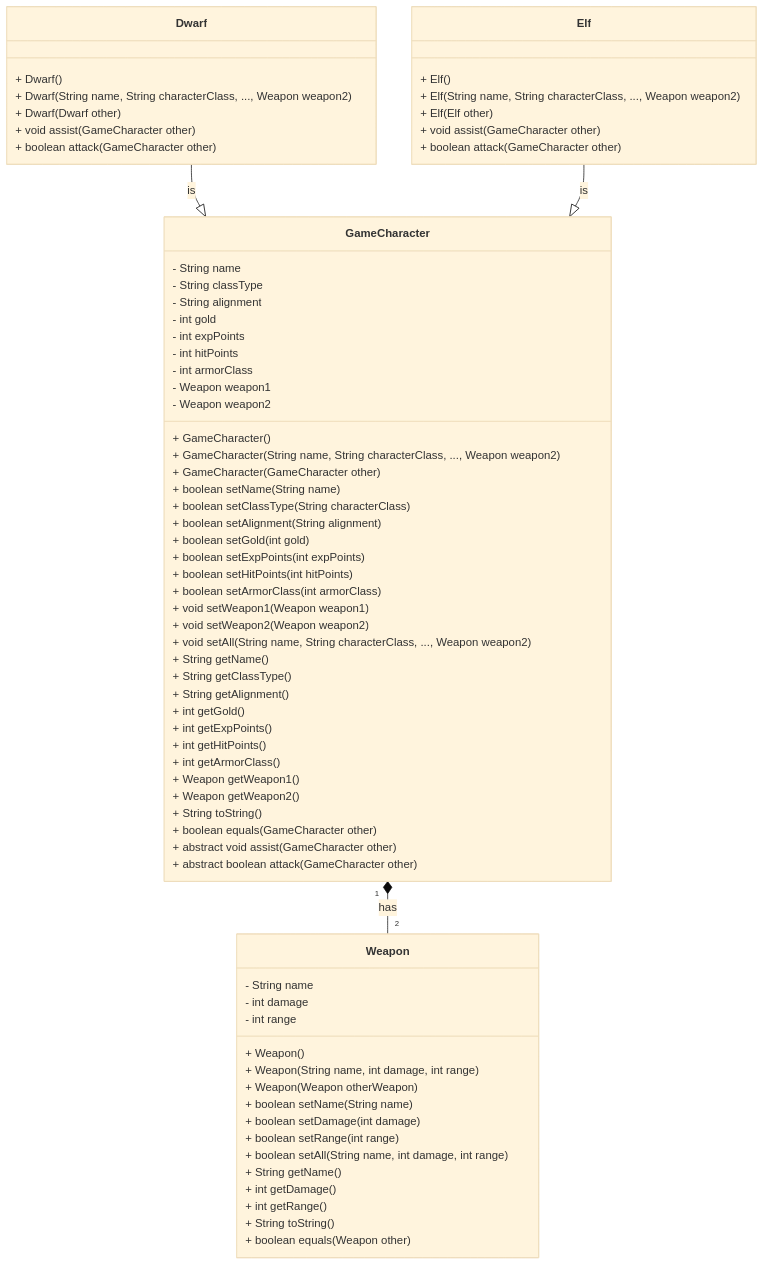
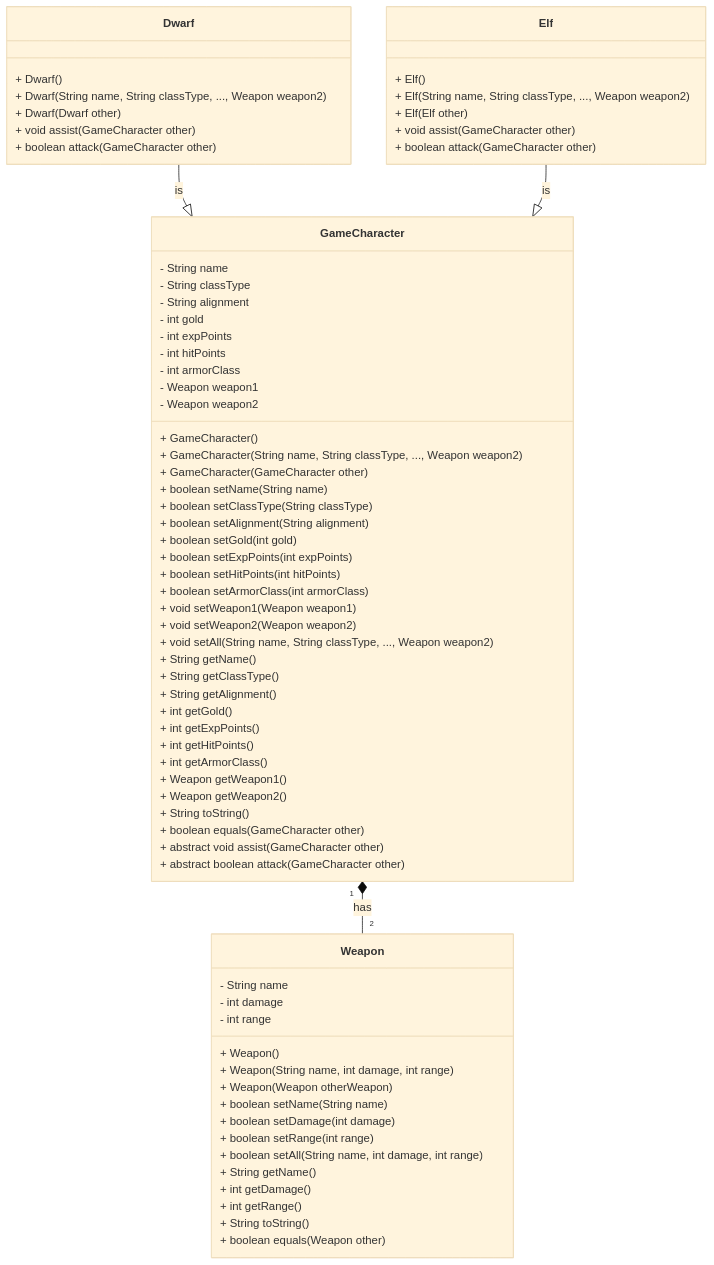
The diagram in README.md (CS112-ProfeSoto/Lab-04), drawn with Mermaid (base theme) before and after one commit.

````diff
--- a/README.md
+++ b/README.md
@@ -9,78 +9,78 @@
 ```mermaid
 classDiagram
     class Weapon {
         - String name
         - int damage
         - int range
         + Weapon()
         + Weapon(String name, int damage, int range)
         + Weapon(Weapon otherWeapon)
         + boolean setName(String name)
         + boolean setDamage(int damage)
         + boolean setRange(int range)
         + boolean setAll(String name, int damage, int range)
         + String getName()
         + int getDamage()
         + int getRange()
         + String toString()
         + boolean equals(Weapon other)
     }
 
     class GameCharacter {
         - String name
         - String classType
         - String alignment
         - int gold
         - int expPoints
         - int hitPoints
         - int armorClass
         - Weapon weapon1
         - Weapon weapon2
         + GameCharacter()
-        + GameCharacter(String name, String characterClass, ..., Weapon weapon2)
+        + GameCharacter(String name, String classType, ..., Weapon weapon2)
         + GameCharacter(GameCharacter other)
         + boolean setName(String name)
-        + boolean setClassType(String characterClass)
+        + boolean setClassType(String classType)
         + boolean setAlignment(String alignment)
         + boolean setGold(int gold)
         + boolean setExpPoints(int expPoints)
         + boolean setHitPoints(int hitPoints)
         + boolean setArmorClass(int armorClass)
         + void setWeapon1(Weapon weapon1)
         + void setWeapon2(Weapon weapon2)
-        + void setAll(String name, String characterClass, ..., Weapon weapon2)
+        + void setAll(String name, String classType, ..., Weapon weapon2)
         + String getName()
         + String getClassType()
         + String getAlignment()
         + int getGold()
         + int getExpPoints()
         + int getHitPoints()
         + int getArmorClass()
         + Weapon getWeapon1()
         + Weapon getWeapon2()
         + String toString()
         + boolean equals(GameCharacter other)
         + abstract void assist(GameCharacter other)
         + abstract boolean attack(GameCharacter other)
     }
 
     class Dwarf {
         + Dwarf()
-        + Dwarf(String name, String characterClass, ..., Weapon weapon2)
+        + Dwarf(String name, String classType, ..., Weapon weapon2)
         + Dwarf(Dwarf other)
         + void assist(GameCharacter other)
         + boolean attack(GameCharacter other)
     }
 
     class Elf {
         + Elf()
-        + Elf(String name, String characterClass, ..., Weapon weapon2)
+        + Elf(String name, String classType, ..., Weapon weapon2)
         + Elf(Elf other)
         + void assist(GameCharacter other)
         + boolean attack(GameCharacter other)
     }
 
     GameCharacter "1" *-- "2" Weapon : has
     Dwarf --|> GameCharacter : is
     Elf --|> GameCharacter : is
 ```
````
